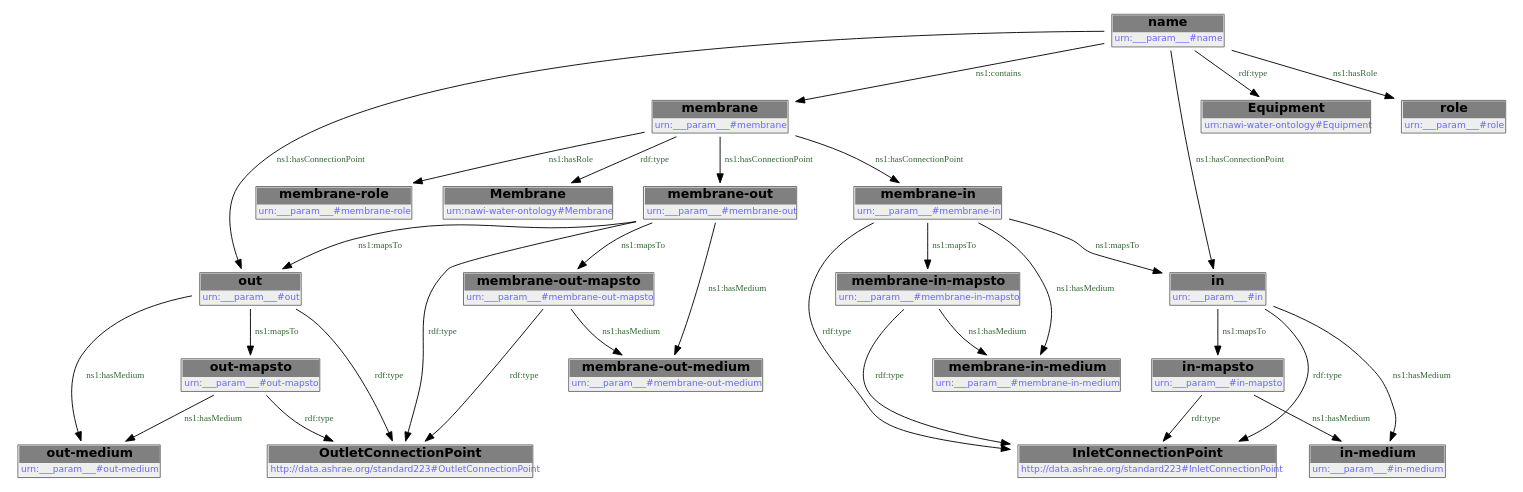
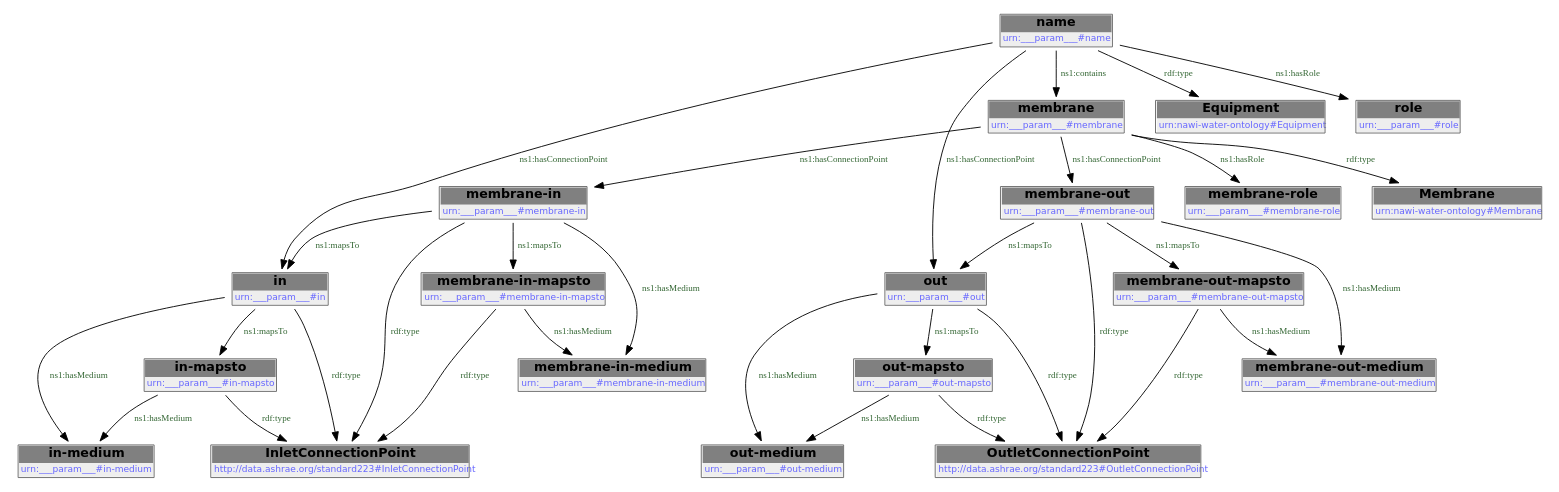
One commit to DataDrivenCPS/water-ontology changed the second of 2 diagrams in docs/libraries/templates/membrane-module.rst. Above: the diagram before and after it, drawn with Graphviz. The commit also changed other lines of this file and 33 other files, not shown here.

```diff
--- a/docs/libraries/templates/membrane-module.rst
+++ b/docs/libraries/templates/membrane-module.rst
@@ -133,56 +133,56 @@
         .. graphviz::
 
                 digraph G {
             node [fontname="DejaVu Sans"];
-            node0 -> node1 [color=BLACK, label=< <font point-size='10' color='#336633'>rdf:type</font> >];
-            node2 -> node3 [color=BLACK, label=< <font point-size='10' color='#336633'>rdf:type</font> >];
-            node4 -> node5 [color=BLACK, label=< <font point-size='10' color='#336633'>ns1:hasConnectionPoint</font> >];
-            node6 -> node7 [color=BLACK, label=< <font point-size='10' color='#336633'>rdf:type</font> >];
-            node8 -> node9 [color=BLACK, label=< <font point-size='10' color='#336633'>ns1:hasMedium</font> >];
-            node8 -> node0 [color=BLACK, label=< <font point-size='10' color='#336633'>ns1:mapsTo</font> >];
-            node10 -> node11 [color=BLACK, label=< <font point-size='10' color='#336633'>ns1:hasMedium</font> >];
-            node0 -> node9 [color=BLACK, label=< <font point-size='10' color='#336633'>ns1:hasMedium</font> >];
-            node12 -> node13 [color=BLACK, label=< <font point-size='10' color='#336633'>ns1:hasMedium</font> >];
-            node4 -> node8 [color=BLACK, label=< <font point-size='10' color='#336633'>ns1:hasConnectionPoint</font> >];
-            node4 -> node14 [color=BLACK, label=< <font point-size='10' color='#336633'>rdf:type</font> >];
-            node4 -> node2 [color=BLACK, label=< <font point-size='10' color='#336633'>ns1:contains</font> >];
-            node10 -> node7 [color=BLACK, label=< <font point-size='10' color='#336633'>rdf:type</font> >];
-            node5 -> node11 [color=BLACK, label=< <font point-size='10' color='#336633'>ns1:hasMedium</font> >];
-            node5 -> node10 [color=BLACK, label=< <font point-size='10' color='#336633'>ns1:mapsTo</font> >];
-            node15 -> node16 [color=BLACK, label=< <font point-size='10' color='#336633'>ns1:hasMedium</font> >];
-            node15 -> node1 [color=BLACK, label=< <font point-size='10' color='#336633'>rdf:type</font> >];
-            node2 -> node6 [color=BLACK, label=< <font point-size='10' color='#336633'>ns1:hasConnectionPoint</font> >];
-            node15 -> node17 [color=BLACK, label=< <font point-size='10' color='#336633'>ns1:mapsTo</font> >];
-            node2 -> node15 [color=BLACK, label=< <font point-size='10' color='#336633'>ns1:hasConnectionPoint</font> >];
-            node17 -> node1 [color=BLACK, label=< <font point-size='10' color='#336633'>rdf:type</font> >];
-            node17 -> node16 [color=BLACK, label=< <font point-size='10' color='#336633'>ns1:hasMedium</font> >];
-            node2 -> node18 [color=BLACK, label=< <font point-size='10' color='#336633'>ns1:hasRole</font> >];
-            node6 -> node5 [color=BLACK, label=< <font point-size='10' color='#336633'>ns1:mapsTo</font> >];
-            node5 -> node7 [color=BLACK, label=< <font point-size='10' color='#336633'>rdf:type</font> >];
-            node6 -> node13 [color=BLACK, label=< <font point-size='10' color='#336633'>ns1:hasMedium</font> >];
-            node8 -> node1 [color=BLACK, label=< <font point-size='10' color='#336633'>rdf:type</font> >];
-            node15 -> node8 [color=BLACK, label=< <font point-size='10' color='#336633'>ns1:mapsTo</font> >];
-            node6 -> node12 [color=BLACK, label=< <font point-size='10' color='#336633'>ns1:mapsTo</font> >];
-            node4 -> node19 [color=BLACK, label=< <font point-size='10' color='#336633'>ns1:hasRole</font> >];
-            node12 -> node7 [color=BLACK, label=< <font point-size='10' color='#336633'>rdf:type</font> >];
-            node0 [shape=none, color=black, label=< <table color='#666666' cellborder='0' cellspacing='0' border='1'><tr><td colspan='2' bgcolor='grey'><B>out-mapsto</B></td></tr><tr><td href='urn:___param___#out-mapsto' bgcolor='#eeeeee' colspan='2'><font point-size='10' color='#6666ff'>urn:___param___#out-mapsto</font></td></tr></table> >];
-            node1 [shape=none, color=black, label=< <table color='#666666' cellborder='0' cellspacing='0' border='1'><tr><td colspan='2' bgcolor='grey'><B>OutletConnectionPoint</B></td></tr><tr><td href='http://data.ashrae.org/standard223#OutletConnectionPoint' bgcolor='#eeeeee' colspan='2'><font point-size='10' color='#6666ff'>http://data.ashrae.org/standard223#OutletConnectionPoint</font></td></tr></table> >];
-            node2 [shape=none, color=black, label=< <table color='#666666' cellborder='0' cellspacing='0' border='1'><tr><td colspan='2' bgcolor='grey'><B>membrane</B></td></tr><tr><td href='urn:___param___#membrane' bgcolor='#eeeeee' colspan='2'><font point-size='10' color='#6666ff'>urn:___param___#membrane</font></td></tr></table> >];
-            node3 [shape=none, color=black, label=< <table color='#666666' cellborder='0' cellspacing='0' border='1'><tr><td colspan='2' bgcolor='grey'><B>Membrane</B></td></tr><tr><td href='urn:nawi-water-ontology#Membrane' bgcolor='#eeeeee' colspan='2'><font point-size='10' color='#6666ff'>urn:nawi-water-ontology#Membrane</font></td></tr></table> >];
-            node4 [shape=none, color=black, label=< <table color='#666666' cellborder='0' cellspacing='0' border='1'><tr><td colspan='2' bgcolor='grey'><B>name</B></td></tr><tr><td href='urn:___param___#name' bgcolor='#eeeeee' colspan='2'><font point-size='10' color='#6666ff'>urn:___param___#name</font></td></tr></table> >];
-            node5 [shape=none, color=black, label=< <table color='#666666' cellborder='0' cellspacing='0' border='1'><tr><td colspan='2' bgcolor='grey'><B>in</B></td></tr><tr><td href='urn:___param___#in' bgcolor='#eeeeee' colspan='2'><font point-size='10' color='#6666ff'>urn:___param___#in</font></td></tr></table> >];
-            node6 [shape=none, color=black, label=< <table color='#666666' cellborder='0' cellspacing='0' border='1'><tr><td colspan='2' bgcolor='grey'><B>membrane-in</B></td></tr><tr><td href='urn:___param___#membrane-in' bgcolor='#eeeeee' colspan='2'><font point-size='10' color='#6666ff'>urn:___param___#membrane-in</font></td></tr></table> >];
-            node7 [shape=none, color=black, label=< <table color='#666666' cellborder='0' cellspacing='0' border='1'><tr><td colspan='2' bgcolor='grey'><B>InletConnectionPoint</B></td></tr><tr><td href='http://data.ashrae.org/standard223#InletConnectionPoint' bgcolor='#eeeeee' colspan='2'><font point-size='10' color='#6666ff'>http://data.ashrae.org/standard223#InletConnectionPoint</font></td></tr></table> >];
-            node8 [shape=none, color=black, label=< <table color='#666666' cellborder='0' cellspacing='0' border='1'><tr><td colspan='2' bgcolor='grey'><B>out</B></td></tr><tr><td href='urn:___param___#out' bgcolor='#eeeeee' colspan='2'><font point-size='10' color='#6666ff'>urn:___param___#out</font></td></tr></table> >];
+            node0 -> node1 [color=BLACK, label=< <font point-size='10' color='#336633'>ns1:hasConnectionPoint</font> >];
+            node1 -> node2 [color=BLACK, label=< <font point-size='10' color='#336633'>ns1:hasMedium</font> >];
+            node0 -> node3 [color=BLACK, label=< <font point-size='10' color='#336633'>ns1:hasConnectionPoint</font> >];
+            node4 -> node2 [color=BLACK, label=< <font point-size='10' color='#336633'>ns1:hasMedium</font> >];
+            node5 -> node6 [color=BLACK, label=< <font point-size='10' color='#336633'>ns1:mapsTo</font> >];
+            node7 -> node1 [color=BLACK, label=< <font point-size='10' color='#336633'>ns1:mapsTo</font> >];
+            node8 -> node5 [color=BLACK, label=< <font point-size='10' color='#336633'>ns1:hasConnectionPoint</font> >];
+            node3 -> node9 [color=BLACK, label=< <font point-size='10' color='#336633'>ns1:hasMedium</font> >];
+            node1 -> node10 [color=BLACK, label=< <font point-size='10' color='#336633'>rdf:type</font> >];
+            node7 -> node11 [color=BLACK, label=< <font point-size='10' color='#336633'>ns1:mapsTo</font> >];
+            node12 -> node13 [color=BLACK, label=< <font point-size='10' color='#336633'>rdf:type</font> >];
+            node4 -> node10 [color=BLACK, label=< <font point-size='10' color='#336633'>rdf:type</font> >];
+            node5 -> node14 [color=BLACK, label=< <font point-size='10' color='#336633'>ns1:hasMedium</font> >];
+            node3 -> node12 [color=BLACK, label=< <font point-size='10' color='#336633'>ns1:mapsTo</font> >];
+            node5 -> node13 [color=BLACK, label=< <font point-size='10' color='#336633'>rdf:type</font> >];
+            node3 -> node13 [color=BLACK, label=< <font point-size='10' color='#336633'>rdf:type</font> >];
+            node11 -> node10 [color=BLACK, label=< <font point-size='10' color='#336633'>rdf:type</font> >];
+            node8 -> node15 [color=BLACK, label=< <font point-size='10' color='#336633'>ns1:hasRole</font> >];
+            node12 -> node9 [color=BLACK, label=< <font point-size='10' color='#336633'>ns1:hasMedium</font> >];
+            node11 -> node16 [color=BLACK, label=< <font point-size='10' color='#336633'>ns1:hasMedium</font> >];
+            node7 -> node16 [color=BLACK, label=< <font point-size='10' color='#336633'>ns1:hasMedium</font> >];
+            node0 -> node17 [color=BLACK, label=< <font point-size='10' color='#336633'>rdf:type</font> >];
+            node0 -> node18 [color=BLACK, label=< <font point-size='10' color='#336633'>ns1:hasRole</font> >];
+            node6 -> node14 [color=BLACK, label=< <font point-size='10' color='#336633'>ns1:hasMedium</font> >];
+            node0 -> node8 [color=BLACK, label=< <font point-size='10' color='#336633'>ns1:contains</font> >];
+            node6 -> node13 [color=BLACK, label=< <font point-size='10' color='#336633'>rdf:type</font> >];
+            node5 -> node3 [color=BLACK, label=< <font point-size='10' color='#336633'>ns1:mapsTo</font> >];
+            node7 -> node10 [color=BLACK, label=< <font point-size='10' color='#336633'>rdf:type</font> >];
+            node8 -> node19 [color=BLACK, label=< <font point-size='10' color='#336633'>rdf:type</font> >];
+            node1 -> node4 [color=BLACK, label=< <font point-size='10' color='#336633'>ns1:mapsTo</font> >];
+            node8 -> node7 [color=BLACK, label=< <font point-size='10' color='#336633'>ns1:hasConnectionPoint</font> >];
+            node0 [shape=none, color=black, label=< <table color='#666666' cellborder='0' cellspacing='0' border='1'><tr><td colspan='2' bgcolor='grey'><B>name</B></td></tr><tr><td href='urn:___param___#name' bgcolor='#eeeeee' colspan='2'><font point-size='10' color='#6666ff'>urn:___param___#name</font></td></tr></table> >];
+            node1 [shape=none, color=black, label=< <table color='#666666' cellborder='0' cellspacing='0' border='1'><tr><td colspan='2' bgcolor='grey'><B>in</B></td></tr><tr><td href='urn:___param___#in' bgcolor='#eeeeee' colspan='2'><font point-size='10' color='#6666ff'>urn:___param___#in</font></td></tr></table> >];
+            node2 [shape=none, color=black, label=< <table color='#666666' cellborder='0' cellspacing='0' border='1'><tr><td colspan='2' bgcolor='grey'><B>in-medium</B></td></tr><tr><td href='urn:___param___#in-medium' bgcolor='#eeeeee' colspan='2'><font point-size='10' color='#6666ff'>urn:___param___#in-medium</font></td></tr></table> >];
+            node3 [shape=none, color=black, label=< <table color='#666666' cellborder='0' cellspacing='0' border='1'><tr><td colspan='2' bgcolor='grey'><B>out</B></td></tr><tr><td href='urn:___param___#out' bgcolor='#eeeeee' colspan='2'><font point-size='10' color='#6666ff'>urn:___param___#out</font></td></tr></table> >];
+            node4 [shape=none, color=black, label=< <table color='#666666' cellborder='0' cellspacing='0' border='1'><tr><td colspan='2' bgcolor='grey'><B>in-mapsto</B></td></tr><tr><td href='urn:___param___#in-mapsto' bgcolor='#eeeeee' colspan='2'><font point-size='10' color='#6666ff'>urn:___param___#in-mapsto</font></td></tr></table> >];
+            node5 [shape=none, color=black, label=< <table color='#666666' cellborder='0' cellspacing='0' border='1'><tr><td colspan='2' bgcolor='grey'><B>membrane-out</B></td></tr><tr><td href='urn:___param___#membrane-out' bgcolor='#eeeeee' colspan='2'><font point-size='10' color='#6666ff'>urn:___param___#membrane-out</font></td></tr></table> >];
+            node6 [shape=none, color=black, label=< <table color='#666666' cellborder='0' cellspacing='0' border='1'><tr><td colspan='2' bgcolor='grey'><B>membrane-out-mapsto</B></td></tr><tr><td href='urn:___param___#membrane-out-mapsto' bgcolor='#eeeeee' colspan='2'><font point-size='10' color='#6666ff'>urn:___param___#membrane-out-mapsto</font></td></tr></table> >];
+            node7 [shape=none, color=black, label=< <table color='#666666' cellborder='0' cellspacing='0' border='1'><tr><td colspan='2' bgcolor='grey'><B>membrane-in</B></td></tr><tr><td href='urn:___param___#membrane-in' bgcolor='#eeeeee' colspan='2'><font point-size='10' color='#6666ff'>urn:___param___#membrane-in</font></td></tr></table> >];
+            node8 [shape=none, color=black, label=< <table color='#666666' cellborder='0' cellspacing='0' border='1'><tr><td colspan='2' bgcolor='grey'><B>membrane</B></td></tr><tr><td href='urn:___param___#membrane' bgcolor='#eeeeee' colspan='2'><font point-size='10' color='#6666ff'>urn:___param___#membrane</font></td></tr></table> >];
             node9 [shape=none, color=black, label=< <table color='#666666' cellborder='0' cellspacing='0' border='1'><tr><td colspan='2' bgcolor='grey'><B>out-medium</B></td></tr><tr><td href='urn:___param___#out-medium' bgcolor='#eeeeee' colspan='2'><font point-size='10' color='#6666ff'>urn:___param___#out-medium</font></td></tr></table> >];
-            node10 [shape=none, color=black, label=< <table color='#666666' cellborder='0' cellspacing='0' border='1'><tr><td colspan='2' bgcolor='grey'><B>in-mapsto</B></td></tr><tr><td href='urn:___param___#in-mapsto' bgcolor='#eeeeee' colspan='2'><font point-size='10' color='#6666ff'>urn:___param___#in-mapsto</font></td></tr></table> >];
-            node11 [shape=none, color=black, label=< <table color='#666666' cellborder='0' cellspacing='0' border='1'><tr><td colspan='2' bgcolor='grey'><B>in-medium</B></td></tr><tr><td href='urn:___param___#in-medium' bgcolor='#eeeeee' colspan='2'><font point-size='10' color='#6666ff'>urn:___param___#in-medium</font></td></tr></table> >];
-            node12 [shape=none, color=black, label=< <table color='#666666' cellborder='0' cellspacing='0' border='1'><tr><td colspan='2' bgcolor='grey'><B>membrane-in-mapsto</B></td></tr><tr><td href='urn:___param___#membrane-in-mapsto' bgcolor='#eeeeee' colspan='2'><font point-size='10' color='#6666ff'>urn:___param___#membrane-in-mapsto</font></td></tr></table> >];
-            node13 [shape=none, color=black, label=< <table color='#666666' cellborder='0' cellspacing='0' border='1'><tr><td colspan='2' bgcolor='grey'><B>membrane-in-medium</B></td></tr><tr><td href='urn:___param___#membrane-in-medium' bgcolor='#eeeeee' colspan='2'><font point-size='10' color='#6666ff'>urn:___param___#membrane-in-medium</font></td></tr></table> >];
-            node14 [shape=none, color=black, label=< <table color='#666666' cellborder='0' cellspacing='0' border='1'><tr><td colspan='2' bgcolor='grey'><B>Equipment</B></td></tr><tr><td href='urn:nawi-water-ontology#Equipment' bgcolor='#eeeeee' colspan='2'><font point-size='10' color='#6666ff'>urn:nawi-water-ontology#Equipment</font></td></tr></table> >];
-            node15 [shape=none, color=black, label=< <table color='#666666' cellborder='0' cellspacing='0' border='1'><tr><td colspan='2' bgcolor='grey'><B>membrane-out</B></td></tr><tr><td href='urn:___param___#membrane-out' bgcolor='#eeeeee' colspan='2'><font point-size='10' color='#6666ff'>urn:___param___#membrane-out</font></td></tr></table> >];
-            node16 [shape=none, color=black, label=< <table color='#666666' cellborder='0' cellspacing='0' border='1'><tr><td colspan='2' bgcolor='grey'><B>membrane-out-medium</B></td></tr><tr><td href='urn:___param___#membrane-out-medium' bgcolor='#eeeeee' colspan='2'><font point-size='10' color='#6666ff'>urn:___param___#membrane-out-medium</font></td></tr></table> >];
-            node17 [shape=none, color=black, label=< <table color='#666666' cellborder='0' cellspacing='0' border='1'><tr><td colspan='2' bgcolor='grey'><B>membrane-out-mapsto</B></td></tr><tr><td href='urn:___param___#membrane-out-mapsto' bgcolor='#eeeeee' colspan='2'><font point-size='10' color='#6666ff'>urn:___param___#membrane-out-mapsto</font></td></tr></table> >];
-            node18 [shape=none, color=black, label=< <table color='#666666' cellborder='0' cellspacing='0' border='1'><tr><td colspan='2' bgcolor='grey'><B>membrane-role</B></td></tr><tr><td href='urn:___param___#membrane-role' bgcolor='#eeeeee' colspan='2'><font point-size='10' color='#6666ff'>urn:___param___#membrane-role</font></td></tr></table> >];
-            node19 [shape=none, color=black, label=< <table color='#666666' cellborder='0' cellspacing='0' border='1'><tr><td colspan='2' bgcolor='grey'><B>role</B></td></tr><tr><td href='urn:___param___#role' bgcolor='#eeeeee' colspan='2'><font point-size='10' color='#6666ff'>urn:___param___#role</font></td></tr></table> >];
+            node10 [shape=none, color=black, label=< <table color='#666666' cellborder='0' cellspacing='0' border='1'><tr><td colspan='2' bgcolor='grey'><B>InletConnectionPoint</B></td></tr><tr><td href='http://data.ashrae.org/standard223#InletConnectionPoint' bgcolor='#eeeeee' colspan='2'><font point-size='10' color='#6666ff'>http://data.ashrae.org/standard223#InletConnectionPoint</font></td></tr></table> >];
+            node11 [shape=none, color=black, label=< <table color='#666666' cellborder='0' cellspacing='0' border='1'><tr><td colspan='2' bgcolor='grey'><B>membrane-in-mapsto</B></td></tr><tr><td href='urn:___param___#membrane-in-mapsto' bgcolor='#eeeeee' colspan='2'><font point-size='10' color='#6666ff'>urn:___param___#membrane-in-mapsto</font></td></tr></table> >];
+            node12 [shape=none, color=black, label=< <table color='#666666' cellborder='0' cellspacing='0' border='1'><tr><td colspan='2' bgcolor='grey'><B>out-mapsto</B></td></tr><tr><td href='urn:___param___#out-mapsto' bgcolor='#eeeeee' colspan='2'><font point-size='10' color='#6666ff'>urn:___param___#out-mapsto</font></td></tr></table> >];
+            node13 [shape=none, color=black, label=< <table color='#666666' cellborder='0' cellspacing='0' border='1'><tr><td colspan='2' bgcolor='grey'><B>OutletConnectionPoint</B></td></tr><tr><td href='http://data.ashrae.org/standard223#OutletConnectionPoint' bgcolor='#eeeeee' colspan='2'><font point-size='10' color='#6666ff'>http://data.ashrae.org/standard223#OutletConnectionPoint</font></td></tr></table> >];
+            node14 [shape=none, color=black, label=< <table color='#666666' cellborder='0' cellspacing='0' border='1'><tr><td colspan='2' bgcolor='grey'><B>membrane-out-medium</B></td></tr><tr><td href='urn:___param___#membrane-out-medium' bgcolor='#eeeeee' colspan='2'><font point-size='10' color='#6666ff'>urn:___param___#membrane-out-medium</font></td></tr></table> >];
+            node15 [shape=none, color=black, label=< <table color='#666666' cellborder='0' cellspacing='0' border='1'><tr><td colspan='2' bgcolor='grey'><B>membrane-role</B></td></tr><tr><td href='urn:___param___#membrane-role' bgcolor='#eeeeee' colspan='2'><font point-size='10' color='#6666ff'>urn:___param___#membrane-role</font></td></tr></table> >];
+            node16 [shape=none, color=black, label=< <table color='#666666' cellborder='0' cellspacing='0' border='1'><tr><td colspan='2' bgcolor='grey'><B>membrane-in-medium</B></td></tr><tr><td href='urn:___param___#membrane-in-medium' bgcolor='#eeeeee' colspan='2'><font point-size='10' color='#6666ff'>urn:___param___#membrane-in-medium</font></td></tr></table> >];
+            node17 [shape=none, color=black, label=< <table color='#666666' cellborder='0' cellspacing='0' border='1'><tr><td colspan='2' bgcolor='grey'><B>Equipment</B></td></tr><tr><td href='urn:nawi-water-ontology#Equipment' bgcolor='#eeeeee' colspan='2'><font point-size='10' color='#6666ff'>urn:nawi-water-ontology#Equipment</font></td></tr></table> >];
+            node18 [shape=none, color=black, label=< <table color='#666666' cellborder='0' cellspacing='0' border='1'><tr><td colspan='2' bgcolor='grey'><B>role</B></td></tr><tr><td href='urn:___param___#role' bgcolor='#eeeeee' colspan='2'><font point-size='10' color='#6666ff'>urn:___param___#role</font></td></tr></table> >];
+            node19 [shape=none, color=black, label=< <table color='#666666' cellborder='0' cellspacing='0' border='1'><tr><td colspan='2' bgcolor='grey'><B>Membrane</B></td></tr><tr><td href='urn:nawi-water-ontology#Membrane' bgcolor='#eeeeee' colspan='2'><font point-size='10' color='#6666ff'>urn:nawi-water-ontology#Membrane</font></td></tr></table> >];
             }
```
